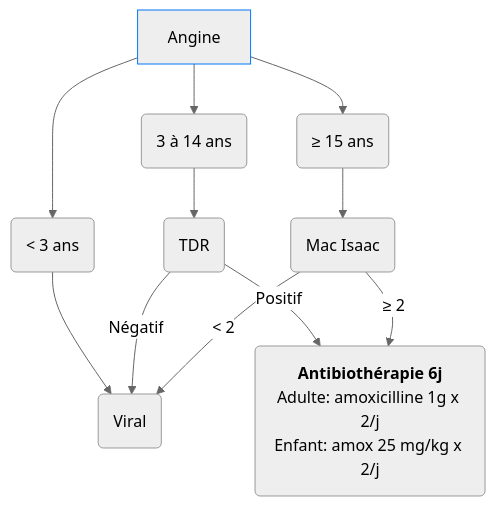
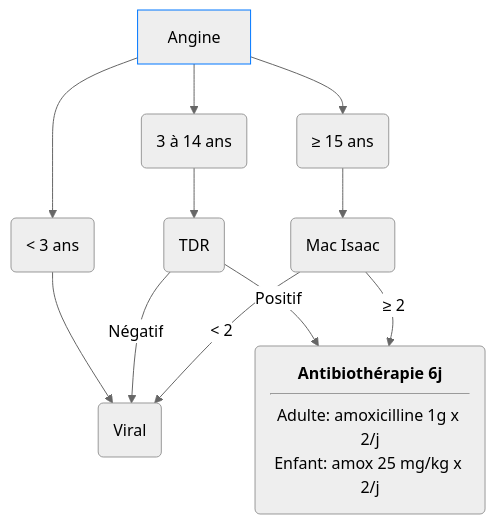
One commit to djibe/recommandations-medicales changed the diagram in content/recommandations/angine.md. Above: the diagram before and after it, drawn with Mermaid (neutral theme). The commit also changed other lines of this file and 10 other files, not shown here.

```diff
--- a/content/recommandations/angine.md
+++ b/content/recommandations/angine.md
@@ -108,9 +108,9 @@
 {{< mermaid >}}
 graph TB
   angine[Angine] --> moins3("&lt; 3 ans") --> viral(Viral)
   style angine stroke:#0077ff, stroke-width:1px
-    angine --> 314ans("3 à 14 ans") --> TDR("TDR") -- "Positif" --> ATB("<b>Antibiothérapie 6j</b><br>Adulte: amoxicilline 1g x 2/j<br>Enfant: amox 25 mg/kg x 2/j")
+    angine --> 314ans("3 à 14 ans") --> TDR("TDR") -- "Positif" --> ATB("<b>Antibiothérapie 6j</b><hr>Adulte: amoxicilline 1g x 2/j<br>Enfant: amox 25 mg/kg x 2/j")
       TDR -- Négatif --> viral
     angine --> 15plus("≥ 15 ans") --> score(Mac Isaac) -- "≥ 2" --> ATB
       score -- "&lt; 2" --> viral
 {{< /mermaid >}}
```
